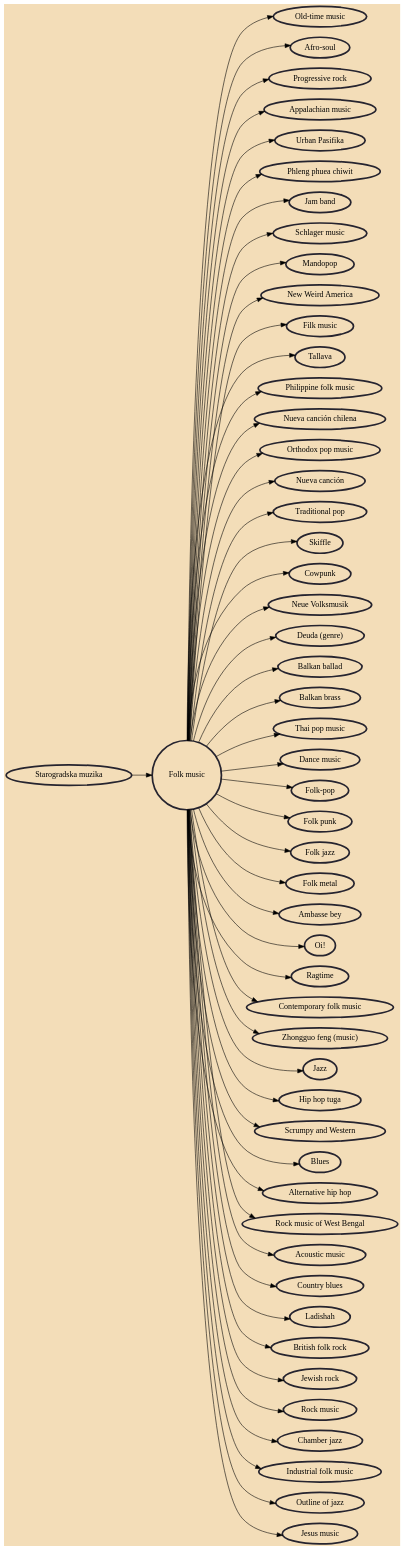
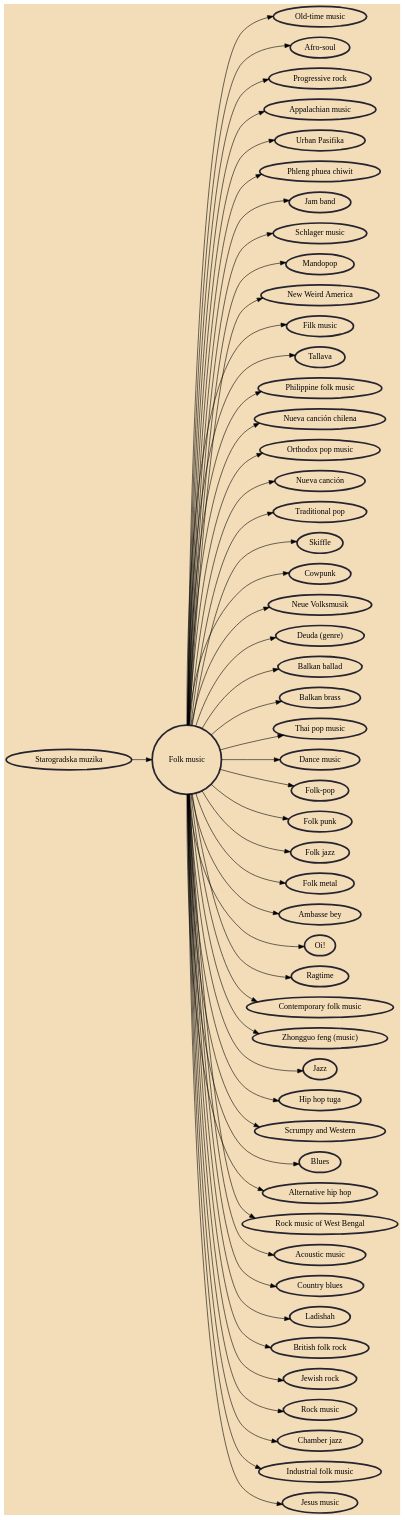
One commit to avengerpenguin/musicgenres changed the diagram in Music/Folk music.md. Above: the diagram before and after it, drawn with Graphviz. The commit also changed other lines of this file and 9 other files, not shown here.

Commit message:
Remove anomaly with Outline of jazz page

```diff
--- a/Music/Folk music.md
+++ b/Music/Folk music.md
@@ -106,8 +106,6 @@
 	"Folk music" -> "Chamber jazz"
 	"Industrial folk music" [URL="/industrial-folk-music/"]
 	"Folk music" -> "Industrial folk music"
-	"Outline of jazz" [URL="/outline-of-jazz/"]
-	"Folk music" -> "Outline of jazz"
 	"Jesus music" [URL="/jesus-music/"]
 	"Folk music" -> "Jesus music"
 }
```
